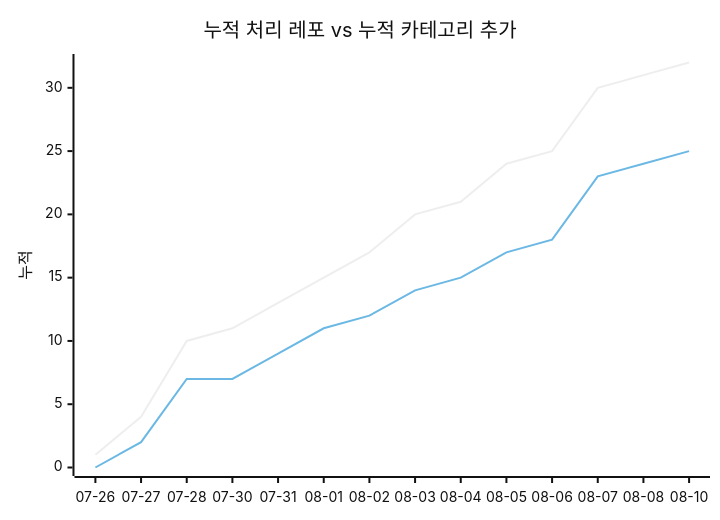
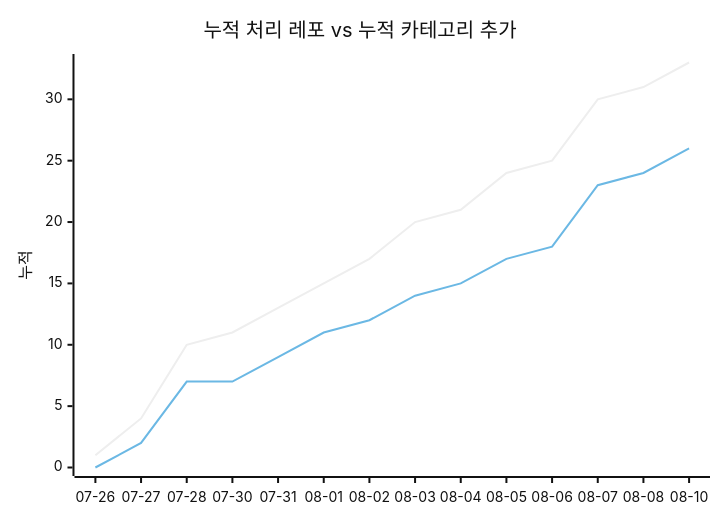
The second of 2 diagrams in docs/trends.md (J-nowcow/awesome-korean-agent-skills), drawn with Mermaid (neutral theme) before and after one commit. The commit also changed other lines of this file and 4 other files, not shown here.

````diff
--- a/docs/trends.md
+++ b/docs/trends.md
@@ -68,8 +68,8 @@
 ```mermaid
 xychart-beta
     title "누적 처리 레포 vs 누적 카테고리 추가"
     x-axis ["07-26","07-27","07-28","07-30","07-31","08-01","08-02","08-03","08-04","08-05","08-06","08-07","08-08","08-10"]
     y-axis "누적"
-    line [1,4,10,11,13,15,17,20,21,24,25,30,31,32]
-    line [0,2,7,7,9,11,12,14,15,17,18,23,24,25]
+    line [1,4,10,11,13,15,17,20,21,24,25,30,31,33]
+    line [0,2,7,7,9,11,12,14,15,17,18,23,24,26]
 ```
````
